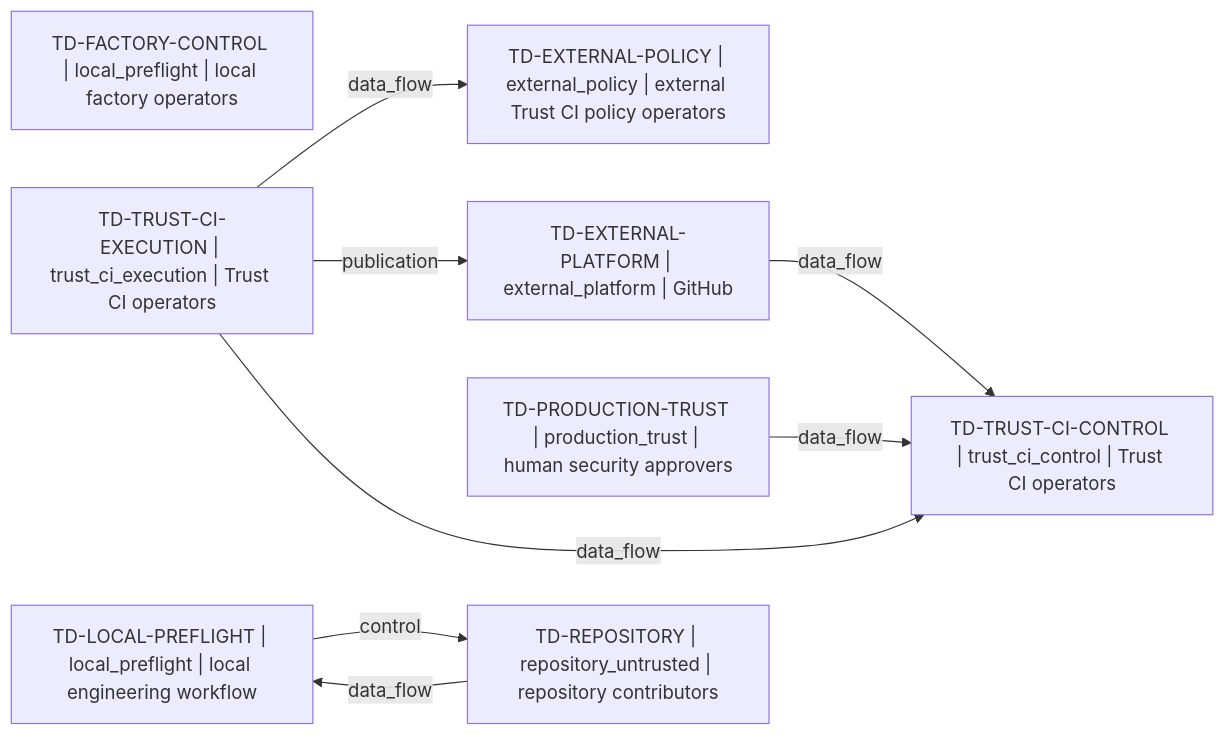
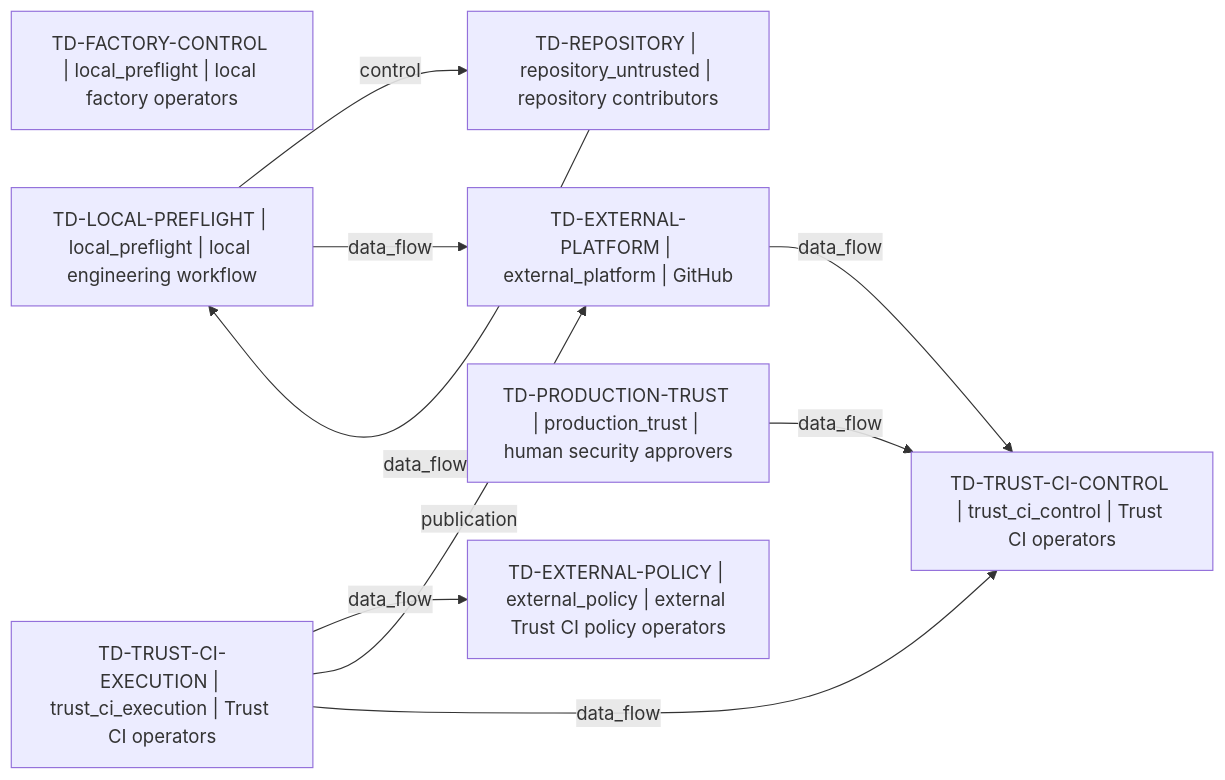
One commit to Dimkox/adaptive-grok-build-pro changed the diagram in architecture/generated/context.mmd. Above: the diagram before and after it, drawn with Mermaid. The commit also changed 27 other files, not shown here.

```diff
--- a/architecture/generated/context.mmd
+++ b/architecture/generated/context.mmd
@@ -1,16 +1,17 @@
 flowchart LR
   domain_96fb748595c57dce["TD-EXTERNAL-PLATFORM | external_platform | GitHub"]
   domain_ece8d94ff661d9fb["TD-EXTERNAL-POLICY | external_policy | external Trust CI policy operators"]
   domain_c4152908c77524f2["TD-FACTORY-CONTROL | local_preflight | local factory operators"]
   domain_fa5ae843eb45e375["TD-LOCAL-PREFLIGHT | local_preflight | local engineering workflow"]
   domain_93c532f149d3e2d5["TD-PRODUCTION-TRUST | production_trust | human security approvers"]
   domain_734c10023f9857a2["TD-REPOSITORY | repository_untrusted | repository contributors"]
   domain_7f80d82d053144ab["TD-TRUST-CI-CONTROL | trust_ci_control | Trust CI operators"]
   domain_65e7aeb3bb37c460["TD-TRUST-CI-EXECUTION | trust_ci_execution | Trust CI operators"]
   domain_734c10023f9857a2 -->|"data_flow"| domain_fa5ae843eb45e375
   domain_96fb748595c57dce -->|"data_flow"| domain_7f80d82d053144ab
   domain_93c532f149d3e2d5 -->|"data_flow"| domain_7f80d82d053144ab
   domain_fa5ae843eb45e375 -->|"control"| domain_734c10023f9857a2
   domain_65e7aeb3bb37c460 -->|"data_flow"| domain_ece8d94ff661d9fb
+  domain_fa5ae843eb45e375 -->|"data_flow"| domain_96fb748595c57dce
   domain_65e7aeb3bb37c460 -->|"publication"| domain_96fb748595c57dce
   domain_65e7aeb3bb37c460 -->|"data_flow"| domain_7f80d82d053144ab
```
